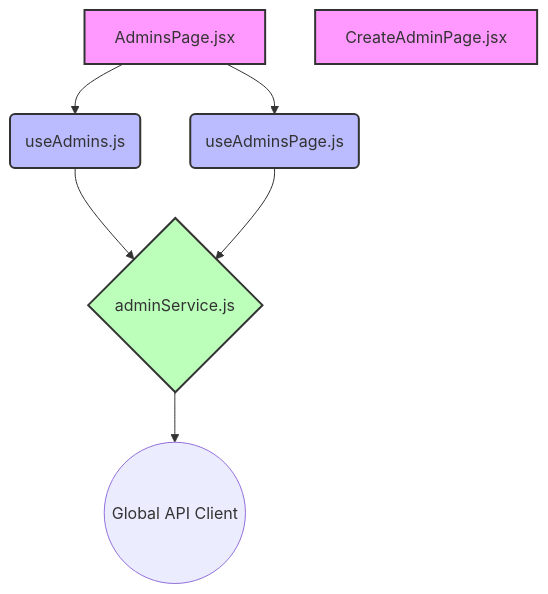
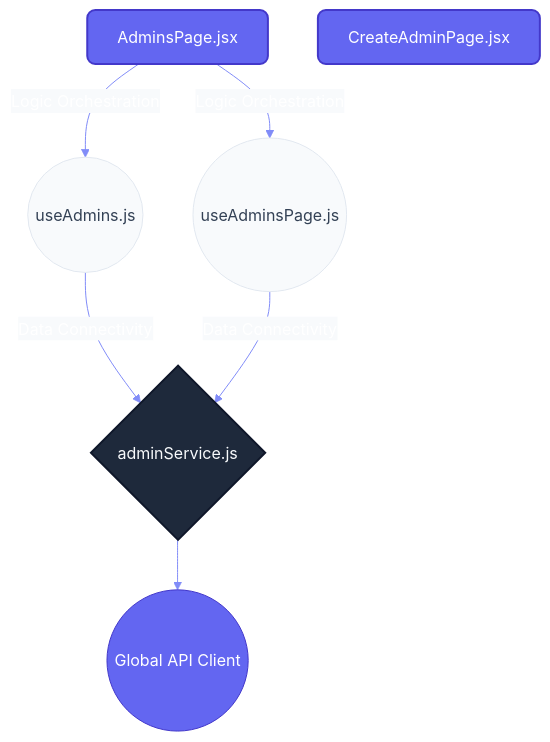
The second of 2 diagrams in src/features/admins/README.md (nexowebai/nexo-superadmin), drawn with Mermaid before and after one commit. The commit also changed other lines of this file and 16 other files, not shown here.

````diff
--- a/src/features/admins/README.md
+++ b/src/features/admins/README.md
@@ -30,17 +36,18 @@
 ```mermaid
+%%{init: {'theme': 'base', 'themeVariables': { 'primaryColor': '#6366f1', 'primaryTextColor': '#fff', 'primaryBorderColor': '#4338ca', 'lineColor': '#818cf8', 'secondaryColor': '#f8fafc', 'tertiaryColor': '#e2e8f0'}}}%%
 graph TD
-    classDef page fill:#f9f,stroke:#333,stroke-width:2px;
-    classDef hook fill:#bbf,stroke:#333,stroke-width:2px;
-    classDef service fill:#bfb,stroke:#333,stroke-width:2px;
+    classDef page fill:#6366f1,stroke:#4338ca,stroke-width:2px,color:#fff,rx:8,ry:8;
+    classDef hook fill:#f8fafc,stroke:#e2e8f0,stroke-width:1px,color:#334155,rx:20,ry:20;
+    classDef service fill:#1e293b,stroke:#0f172a,stroke-width:2px,color:#f8fafc,rx:4,ry:4;
 
     AdminsPage[AdminsPage.jsx]:::page
-    AdminsPage --> useAdmins
-    AdminsPage --> useAdminsPage
+    AdminsPage --"Logic Orchestration"--> useAdmins
+    AdminsPage --"Logic Orchestration"--> useAdminsPage
     CreateAdminPage[CreateAdminPage.jsx]:::page
-    useAdmins(useAdmins.js):::hook
-    useAdmins --> adminService
-    useAdminsPage(useAdminsPage.js):::hook
-    useAdminsPage --> adminService
+    useAdmins((useAdmins.js)):::hook
+    useAdmins --"Data Connectivity"--> adminService
+    useAdminsPage((useAdminsPage.js)):::hook
+    useAdminsPage --"Data Connectivity"--> adminService
     adminService{adminService.js}:::service
-    adminService --> API_Client((Global API Client))
+    adminService --> API_CORE((Global API Client))
 ```
````
